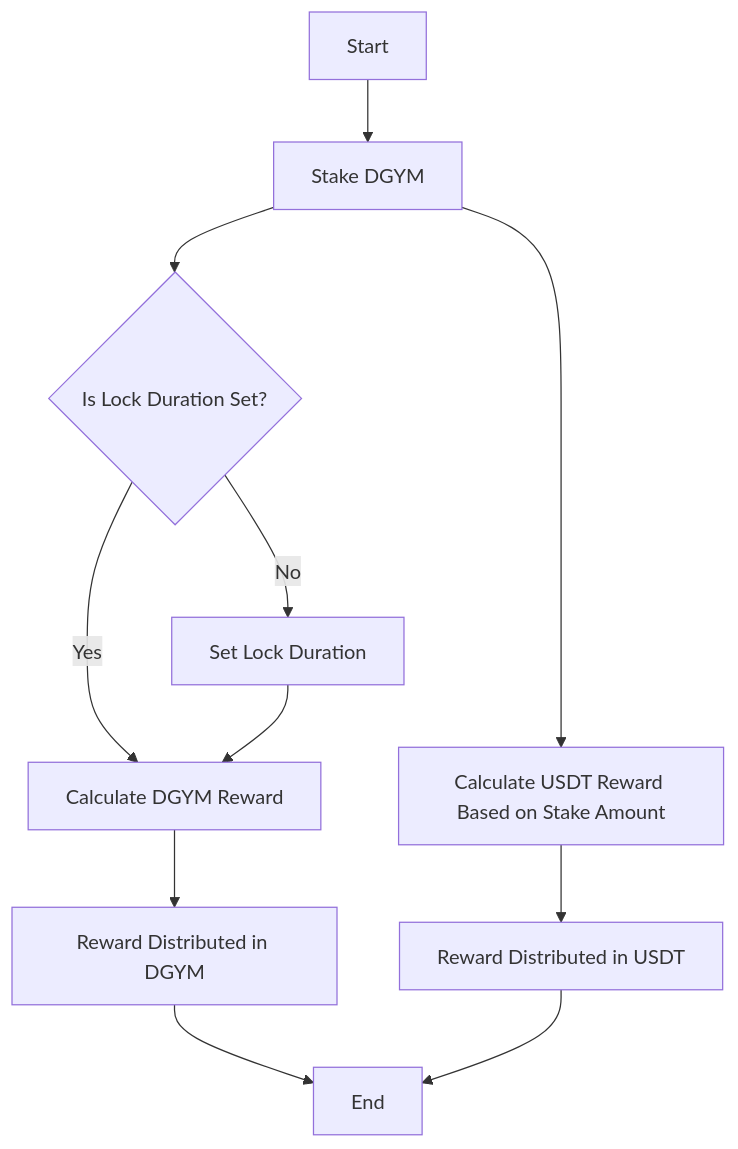
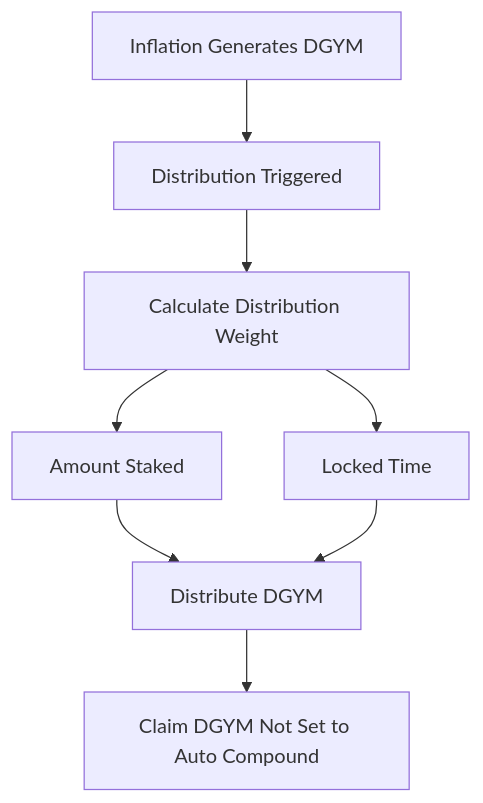
The first of 2 diagrams in gym-dao/reward-program.md (DeGym/documentation), drawn with Mermaid before and after one commit. The commit also changed other lines of this file and 2 other files, not shown here.

Commit message:
Migrating inflation to supply regulation analysis

````diff
--- a/gym-dao/reward-program.md
+++ b/gym-dao/reward-program.md
@@ -31,13 +16,9 @@
 ```mermaid
-flowchart TD
-    A[Start] --> B[Stake DGYM]
-    B --> C{Is Lock Duration Set?}
-    C -- Yes --> D[Calculate DGYM Reward]
-    C -- No --> E[Set Lock Duration]
-    E --> D
-    D --> F[Reward Distributed in DGYM]
-    B --> G[Calculate USDT Reward Based on Stake Amount]
-    G --> H[Reward Distributed in USDT]
-    F --> I[End]
-    H --> I
+graph TB
+    A[Inflation Generates DGYM] --> B[Distribution Triggered]
+    B --> C[Calculate Distribution Weight]
+    C --> D[Amount Staked]
+    C --> E[Locked Time]
+    D & E --> F[Distribute DGYM]
+    F --> G[Claim DGYM Not Set to Auto Compound]
 ```
````
